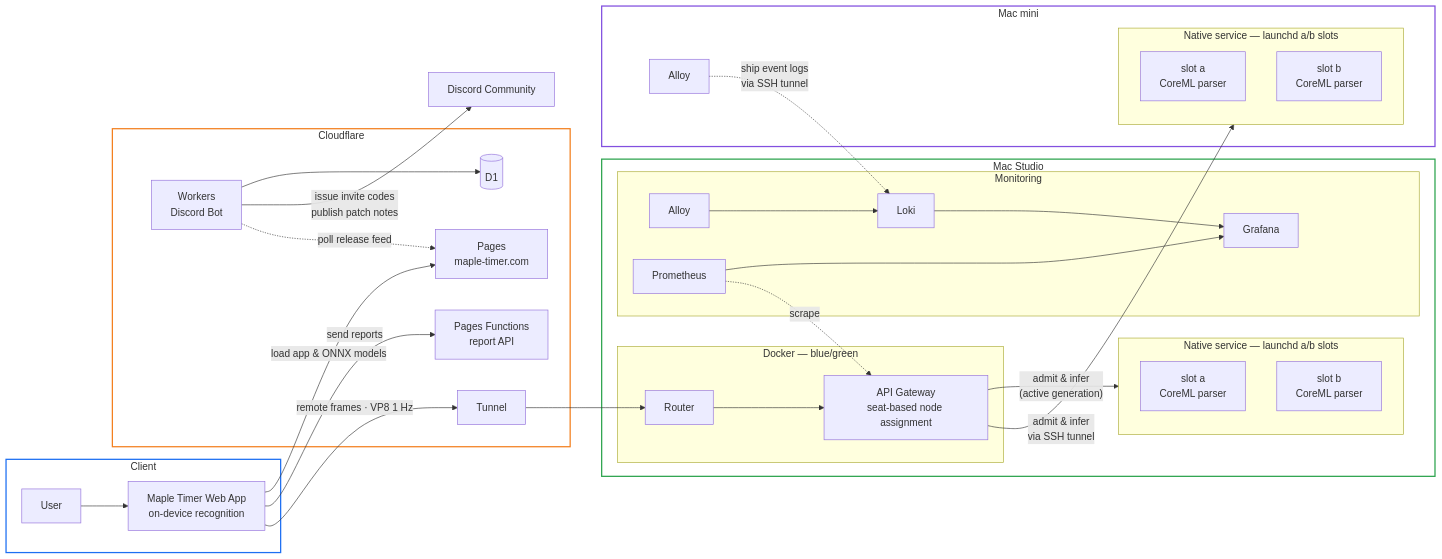
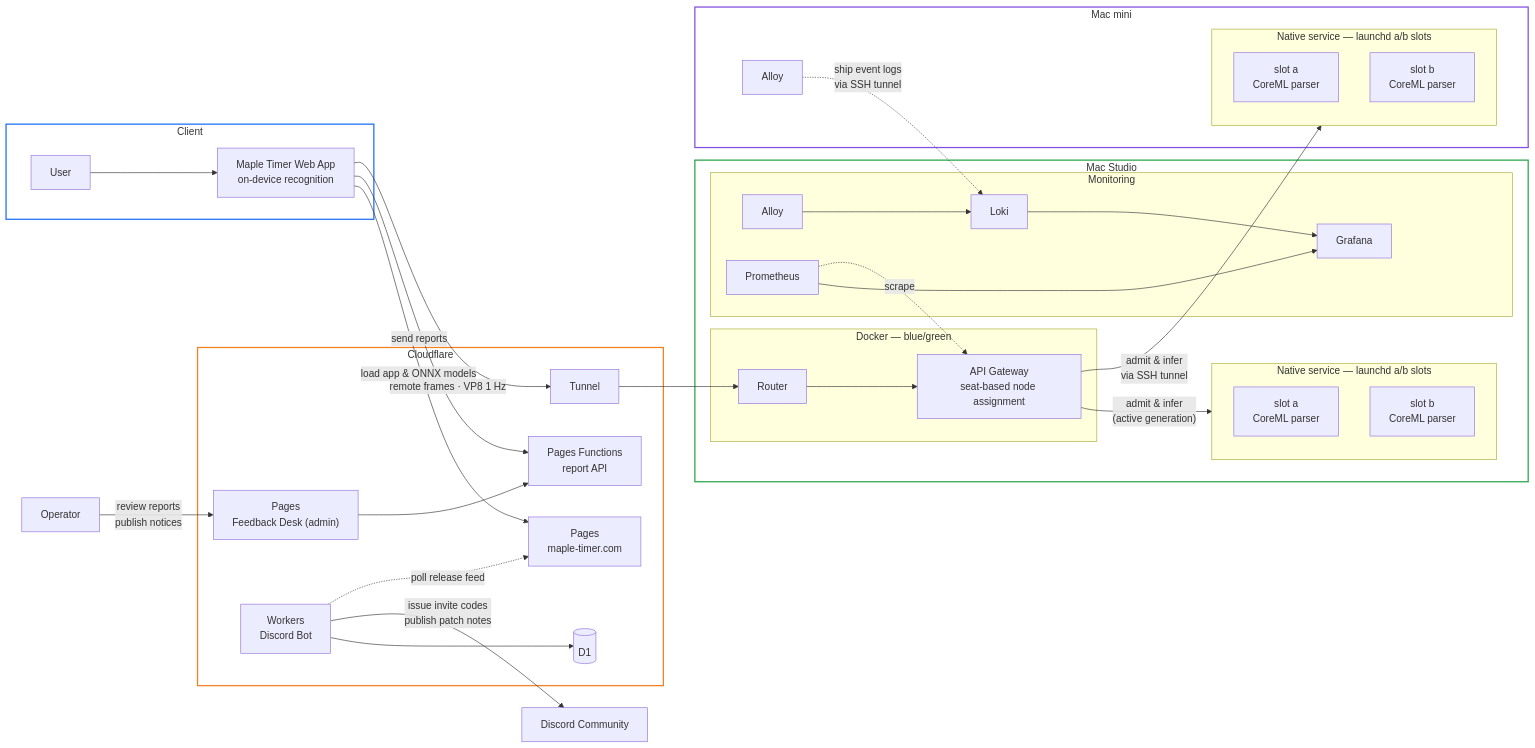
One commit to maple-timer/maple-timer-web changed the second of 2 diagrams in README.md. Above: the diagram before and after it, drawn with Mermaid. The commit also changed other lines of this file, not shown here.

Commit message:
docs: admin desk and troubleshooter in the diagrams

````diff
--- a/README.md
+++ b/README.md
@@ -57,60 +60,63 @@
 ```mermaid
 flowchart LR
     subgraph CLIENT["Client"]
         USER["User"] --> APP["Maple Timer Web App<br/>on-device recognition"]
     end
 
     subgraph CF["Cloudflare"]
         PAGES["Pages<br/>maple-timer.com"]
         FN["Pages Functions<br/>report API"]
+        ADMIN["Pages<br/>Feedback Desk (admin)"]
         BOT["Workers<br/>Discord Bot"]
         D1[("D1")]
         TUNNEL["Tunnel"]
     end
 
     subgraph STUDIO["Mac Studio"]
         subgraph BG["Docker — blue/green"]
             RT["Router"] --> GW["API Gateway<br/>seat-based node assignment"]
         end
         subgraph SLOTS_S["Native service — launchd a/b slots"]
             SA["slot a<br/>CoreML parser"]
             SB["slot b<br/>CoreML parser"]
         end
         subgraph MON["Monitoring"]
             ALLOY1["Alloy"] --> LOKI["Loki"]
             PROM["Prometheus"] --> GRAF["Grafana"]
             LOKI --> GRAF
         end
     end
 
     subgraph MINI["Mac mini"]
         subgraph SLOTS_M["Native service — launchd a/b slots"]
             MA["slot a<br/>CoreML parser"]
             MB["slot b<br/>CoreML parser"]
         end
         ALLOY2["Alloy"]
     end
 
     DISCORD["Discord Community"]
 
+    OPERATOR["Operator"] -->|"review reports<br/>publish notices"| ADMIN
+    ADMIN --> FN
     APP -->|"load app & ONNX models"| PAGES
     APP -->|"send reports"| FN
     APP -->|"remote frames · VP8 1 Hz"| TUNNEL
     TUNNEL --> RT
     GW -->|"admit & infer<br/>(active generation)"| SLOTS_S
     GW -->|"admit & infer<br/>via SSH tunnel"| SLOTS_M
     BOT --> D1
     BOT -->|"issue invite codes<br/>publish patch notes"| DISCORD
     BOT -.->|"poll release feed"| PAGES
     ALLOY2 -.->|"ship event logs<br/>via SSH tunnel"| LOKI
     PROM -.->|scrape| GW
 
     classDef clientZone stroke:#1d6ff2,stroke-width:2px,fill:none
     classDef cfZone stroke:#f38020,stroke-width:2px,fill:none
     classDef studioZone stroke:#2da44e,stroke-width:2px,fill:none
     classDef miniZone stroke:#8250df,stroke-width:2px,fill:none
     class CLIENT clientZone
     class CF cfZone
     class STUDIO studioZone
     class MINI miniZone
 ```
````
